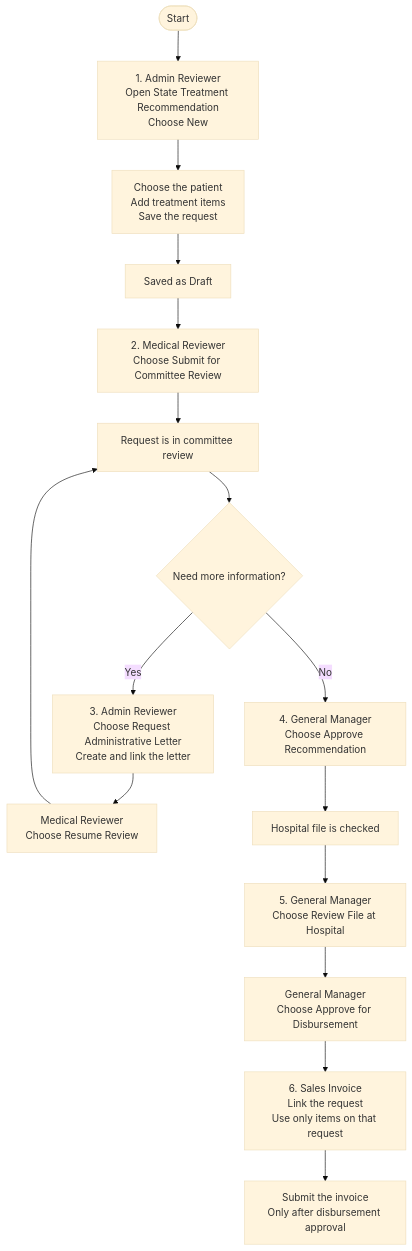
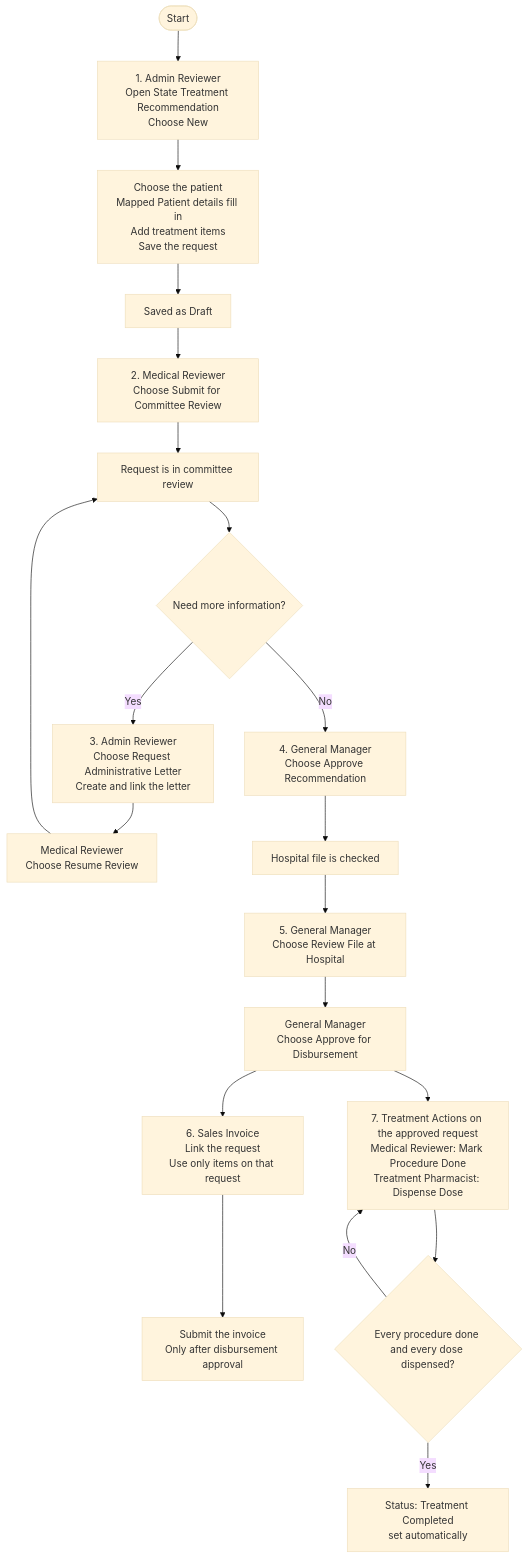
The diagram in README.md (Steeif/state_treatment), drawn with Mermaid (base theme) before and after one commit. The commit also changed other lines of this file and 15 other files, not shown here.

First line of the commit message:
Map Patient fields through State Treatment Settings; update README (0.2.0)

````diff
--- a/README.md
+++ b/README.md
@@ -22,18 +22,22 @@
 ```mermaid
 flowchart TD
     A([Start]) --> B["1. Admin Reviewer<br/>Open State Treatment Recommendation<br/>Choose New"]
-    B --> C["Choose the patient<br/>Add treatment items<br/>Save the request"]
+    B --> C["Choose the patient<br/>Mapped Patient details fill in<br/>Add treatment items<br/>Save the request"]
     C --> D["Saved as Draft"]
     D --> E["2. Medical Reviewer<br/>Choose Submit for Committee Review"]
     E --> F["Request is in committee review"]
     F --> Q{"Need more information?"}
     Q -->|Yes| G["3. Admin Reviewer<br/>Choose Request Administrative Letter<br/>Create and link the letter"]
     G --> H["Medical Reviewer<br/>Choose Resume Review"]
     H --> F
     Q -->|No| I["4. General Manager<br/>Choose Approve Recommendation"]
     I --> J["Hospital file is checked"]
     J --> K["5. General Manager<br/>Choose Review File at Hospital"]
     K --> L["General Manager<br/>Choose Approve for Disbursement"]
     L --> M["6. Sales Invoice<br/>Link the request<br/>Use only items on that request"]
     M --> N["Submit the invoice<br/>Only after disbursement approval"]
+    L --> T["7. Treatment Actions on the approved request<br/>Medical Reviewer: Mark Procedure Done<br/>Treatment Pharmacist: Dispense Dose"]
+    T --> R{"Every procedure done and every dose dispensed?"}
+    R -->|No| T
+    R -->|Yes| S["Status: Treatment Completed<br/>set automatically"]
 ```
````
